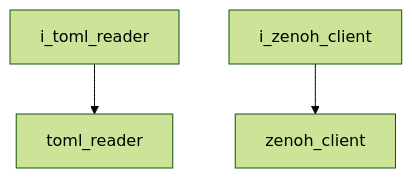
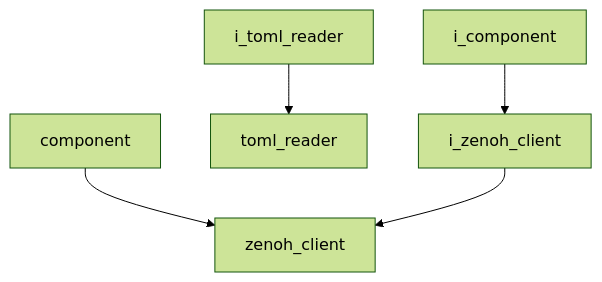
One commit to kasper-szczerba/autonomous_control_system_wiki changed the diagram in docs/codebase/namespaces/utility/index.md. Above: the diagram before and after it, drawn with Mermaid (forest theme). The commit also changed other lines of this file and 41 other files, not shown here.

````diff
--- a/docs/codebase/namespaces/utility/index.md
+++ b/docs/codebase/namespaces/utility/index.md
@@ -7,10 +21,13 @@
 ```mermaid
-graph TB
-    i_toml_reader["i_toml_reader"]
-    toml_reader["toml_reader"]
-    i_zenoh_client["i_zenoh_client"]
-    zenoh_client["zenoh_client"]
-
-    i_toml_reader --> toml_reader
-    i_zenoh_client --> zenoh_client
+graph TD
+    C__DEV_Visual_Studio_Projects_fontys_autonomous_control_system_wiki_docs_codebase_namespaces_core_implementation_component["component"]
+    C__DEV_Visual_Studio_Projects_fontys_autonomous_control_system_wiki_docs_codebase_namespaces_core_interfaces_i_component["i_component"]
+    C__DEV_Visual_Studio_Projects_fontys_autonomous_control_system_wiki_docs_codebase_namespaces_utility_implementation_toml_reader["toml_reader"]
+    C__DEV_Visual_Studio_Projects_fontys_autonomous_control_system_wiki_docs_codebase_namespaces_utility_implementation_zenoh_client["zenoh_client"]
+    C__DEV_Visual_Studio_Projects_fontys_autonomous_control_system_wiki_docs_codebase_namespaces_utility_interfaces_i_toml_reader["i_toml_reader"]
+    C__DEV_Visual_Studio_Projects_fontys_autonomous_control_system_wiki_docs_codebase_namespaces_utility_interfaces_i_zenoh_client["i_zenoh_client"]
+    C__DEV_Visual_Studio_Projects_fontys_autonomous_control_system_wiki_docs_codebase_namespaces_core_implementation_component --> C__DEV_Visual_Studio_Projects_fontys_autonomous_control_system_wiki_docs_codebase_namespaces_utility_implementation_zenoh_client
+    C__DEV_Visual_Studio_Projects_fontys_autonomous_control_system_wiki_docs_codebase_namespaces_core_interfaces_i_component --> C__DEV_Visual_Studio_Projects_fontys_autonomous_control_system_wiki_docs_codebase_namespaces_utility_interfaces_i_zenoh_client
+    C__DEV_Visual_Studio_Projects_fontys_autonomous_control_system_wiki_docs_codebase_namespaces_utility_interfaces_i_toml_reader --> C__DEV_Visual_Studio_Projects_fontys_autonomous_control_system_wiki_docs_codebase_namespaces_utility_implementation_toml_reader
+    C__DEV_Visual_Studio_Projects_fontys_autonomous_control_system_wiki_docs_codebase_namespaces_utility_interfaces_i_zenoh_client --> C__DEV_Visual_Studio_Projects_fontys_autonomous_control_system_wiki_docs_codebase_namespaces_utility_implementation_zenoh_client
 ```
````
